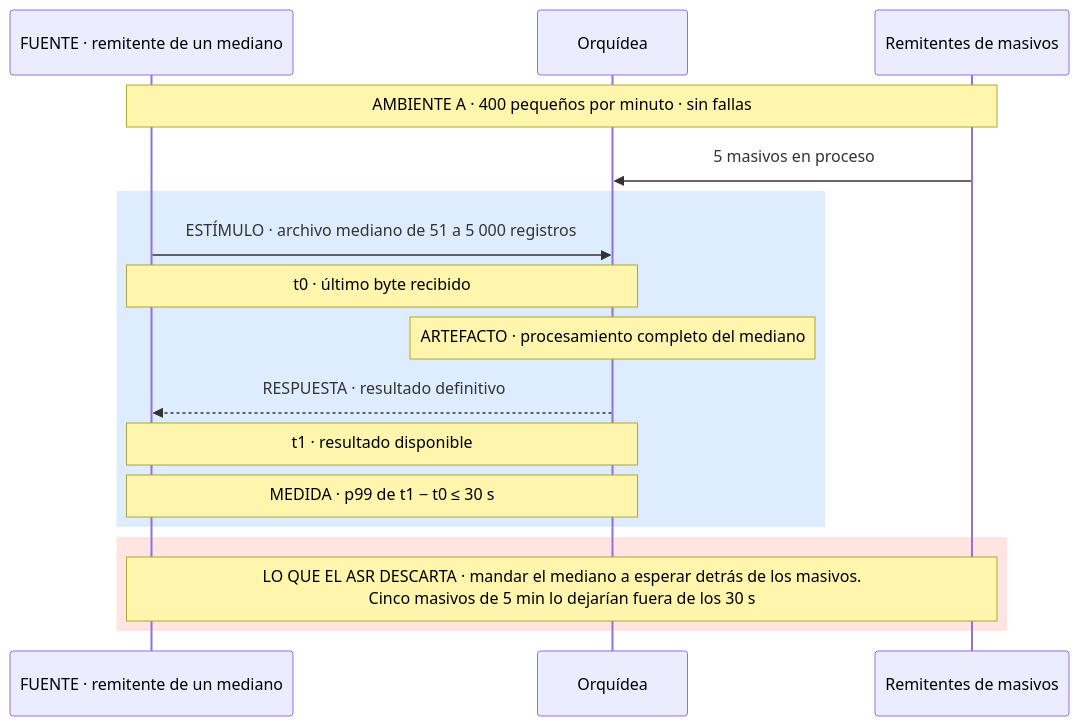
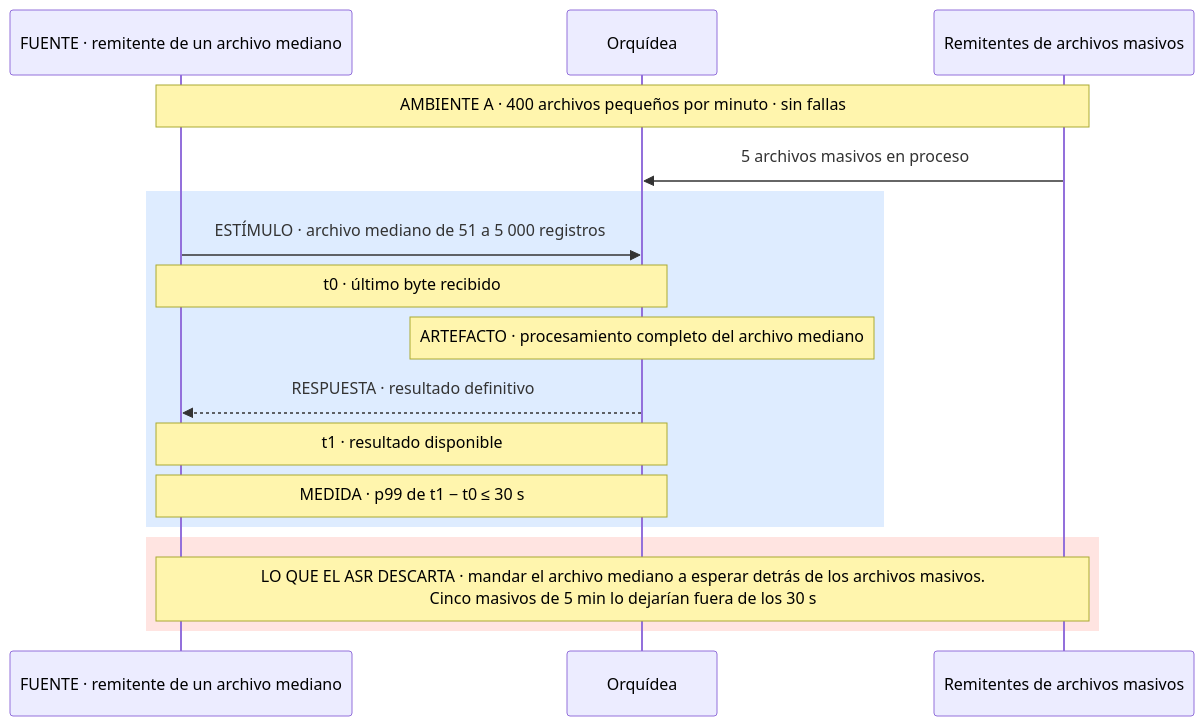
Before and after one commit to MATI-MBIT/arqsoft-reto-4: diagram 14 of 17 in docs/quality-attributes.md, drawn with Mermaid. The commit also changed other lines of this file, not shown here.

Commit message:
Ajusta la terminología de los ASR al vocabulario de arquitectura

````diff
--- a/docs/quality-attributes.md
+++ b/docs/quality-attributes.md
@@ -611,19 +611,19 @@
 ```mermaid
 sequenceDiagram
-    participant P as FUENTE · remitente de un mediano
+    participant P as FUENTE · remitente de un archivo mediano
     participant O as Orquídea
-    participant M as Remitentes de masivos
-    Note over P,M: AMBIENTE A · 400 pequeños por minuto · sin fallas
-    M->>O: 5 masivos en proceso
+    participant M as Remitentes de archivos masivos
+    Note over P,M: AMBIENTE A · 400 archivos pequeños por minuto · sin fallas
+    M->>O: 5 archivos masivos en proceso
     rect rgb(222, 236, 255)
     P->>O: ESTÍMULO · archivo mediano de 51 a 5 000 registros
     Note over P,O: t0 · último byte recibido
-    Note over O: ARTEFACTO · procesamiento completo del mediano
+    Note over O: ARTEFACTO · procesamiento completo del archivo mediano
     O-->>P: RESPUESTA · resultado definitivo
     Note over P,O: t1 · resultado disponible
     Note over P,O: MEDIDA · p99 de t1 − t0 ≤ 30 s
     end
     rect rgb(255, 228, 225)
-    Note over P,M: LO QUE EL ASR DESCARTA · mandar el mediano a esperar detrás de los masivos.<br/>Cinco masivos de 5 min lo dejarían fuera de los 30 s
+    Note over P,M: LO QUE EL ASR DESCARTA · mandar el archivo mediano a esperar detrás de los archivos masivos.<br/>Cinco masivos de 5 min lo dejarían fuera de los 30 s
     end
 ```
````
